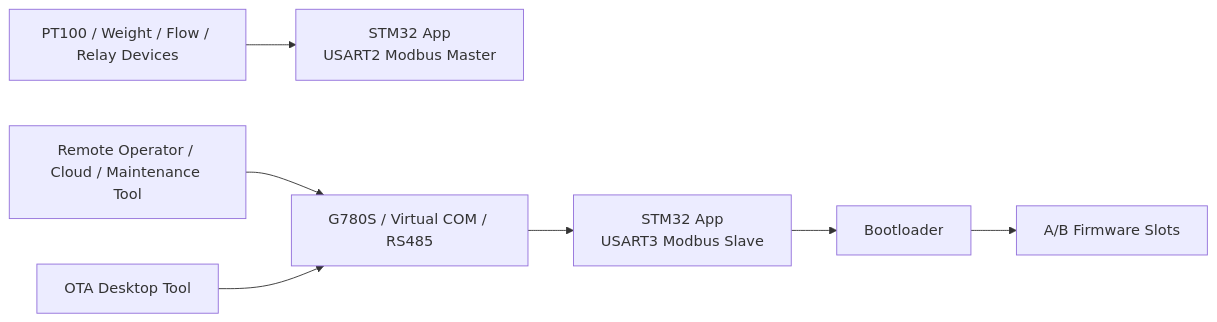
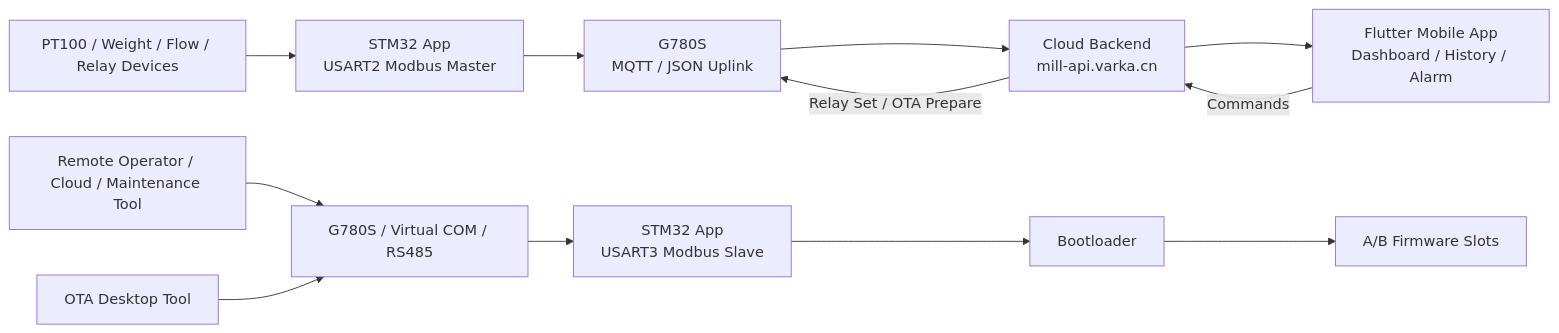
One commit to zhiqiangme/STM32_Industrial_IoT_Monitoring_System changed the diagram in README.md. Above: the diagram before and after it, drawn with Mermaid. The commit also changed other lines of this file and 1 other file, not shown here.

Commit message:
更新 README 文件，添加 Flutter 手机端信息，扩展项目描述和功能概述

````diff
--- a/README.md
+++ b/README.md
@@ -49,9 +54,14 @@
 ```mermaid
 flowchart LR
     A["PT100 / Weight / Flow / Relay Devices"] --> B["STM32 App<br/>USART2 Modbus Master"]
     C["Remote Operator / Cloud / Maintenance Tool"] --> D["G780S / Virtual COM / RS485"]
     D --> E["STM32 App<br/>USART3 Modbus Slave"]
     F["OTA Desktop Tool"] --> D
     E --> G["Bootloader"]
     G --> H["A/B Firmware Slots"]
+    B --> I["G780S<br/>MQTT / JSON Uplink"]
+    I --> J["Cloud Backend<br/>mill-api.varka.cn"]
+    J --> K["Flutter Mobile App<br/>Dashboard / History / Alarm"]
+    K -->|Commands| J
+    J -->|Relay Set / OTA Prepare| I
 ```
````
